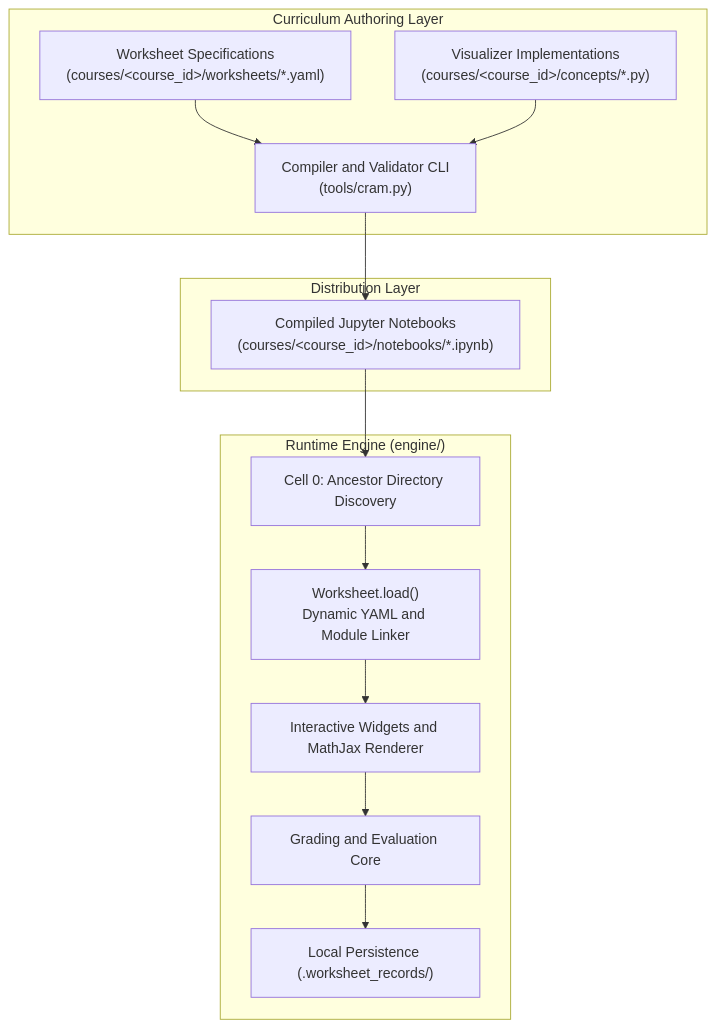
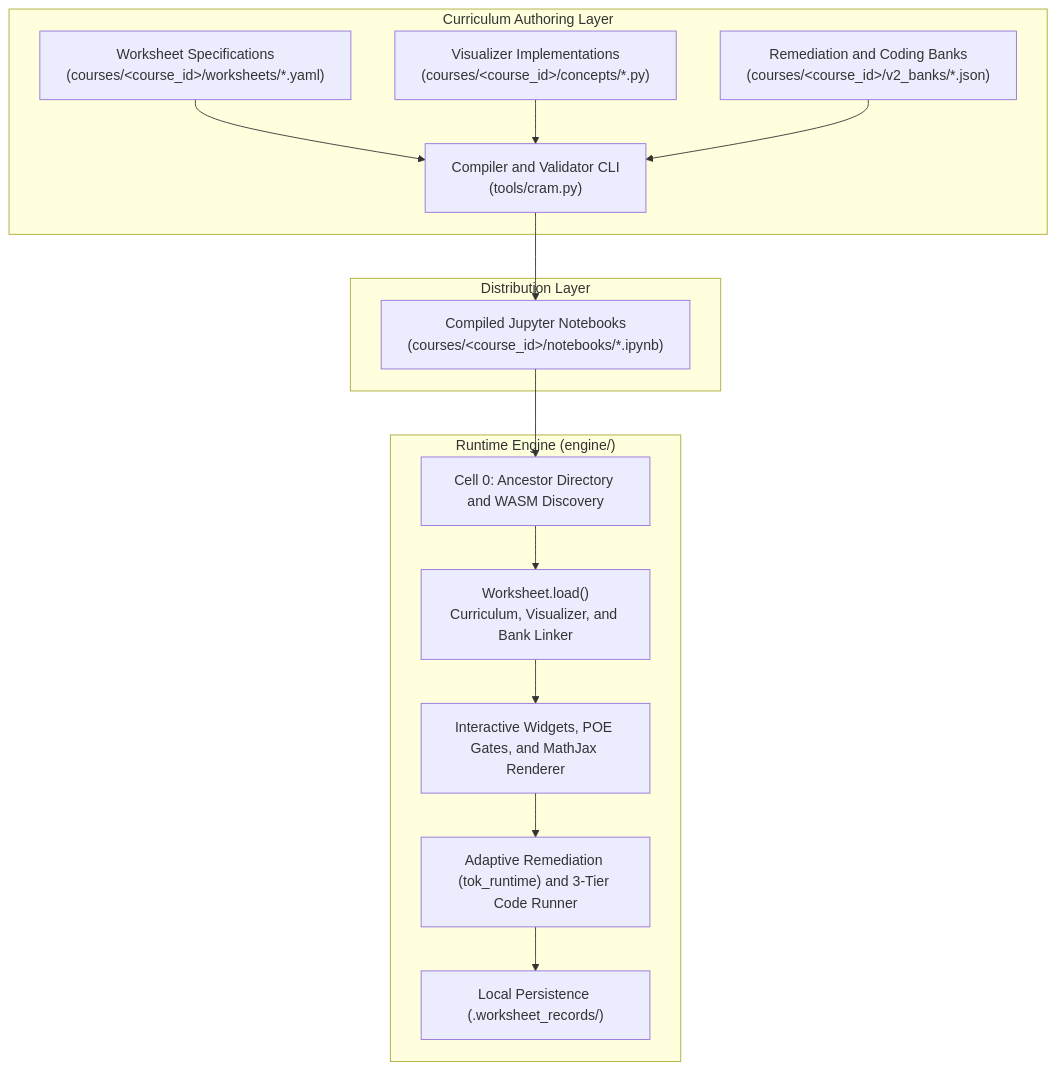
Before and after one commit to JackHutchens/LibreDistillations: the first of 2 diagrams in README.md, drawn with Mermaid. The commit also changed other lines of this file and 60 other files, not shown here.

Commit message:
feat(v2): integrate adaptive remediation runtime, coding exercises, and OPSEC sanitization

````diff
--- a/README.md
+++ b/README.md
@@ -59,29 +68,31 @@
 ```mermaid
 flowchart TD
     subgraph Authoring["Curriculum Authoring Layer"]
         YAML["Worksheet Specifications<br/>(courses/&lt;course_id&gt;/worksheets/*.yaml)"]
         Concepts["Visualizer Implementations<br/>(courses/&lt;course_id&gt;/concepts/*.py)"]
+        Banks["Remediation and Coding Banks<br/>(courses/&lt;course_id&gt;/v2_banks/*.json)"]
         CLI["Compiler and Validator CLI<br/>(tools/cram.py)"]
         YAML --> CLI
         Concepts --> CLI
+        Banks --> CLI
     end
 
     subgraph Distribution["Distribution Layer"]
         Notebooks["Compiled Jupyter Notebooks<br/>(courses/&lt;course_id&gt;/notebooks/*.ipynb)"]
         CLI --> Notebooks
     end
 
     subgraph Runtime["Runtime Engine (engine/)"]
-        Discovery["Cell 0: Ancestor Directory Discovery"]
-        Loader["Worksheet.load()<br/>Dynamic YAML and Module Linker"]
-        Widgets["Interactive Widgets and MathJax Renderer"]
-        Grader["Grading and Evaluation Core"]
+        Discovery["Cell 0: Ancestor Directory and WASM Discovery"]
+        Loader["Worksheet.load()<br/>Curriculum, Visualizer, and Bank Linker"]
+        Widgets["Interactive Widgets, POE Gates, and MathJax Renderer"]
+        Grader["Adaptive Remediation (tok_runtime) and 3-Tier Code Runner"]
         Records["Local Persistence (.worksheet_records/)"]
 
         Notebooks --> Discovery
         Discovery --> Loader
         Loader --> Widgets
         Widgets --> Grader
         Grader --> Records
     end
 ```
````
